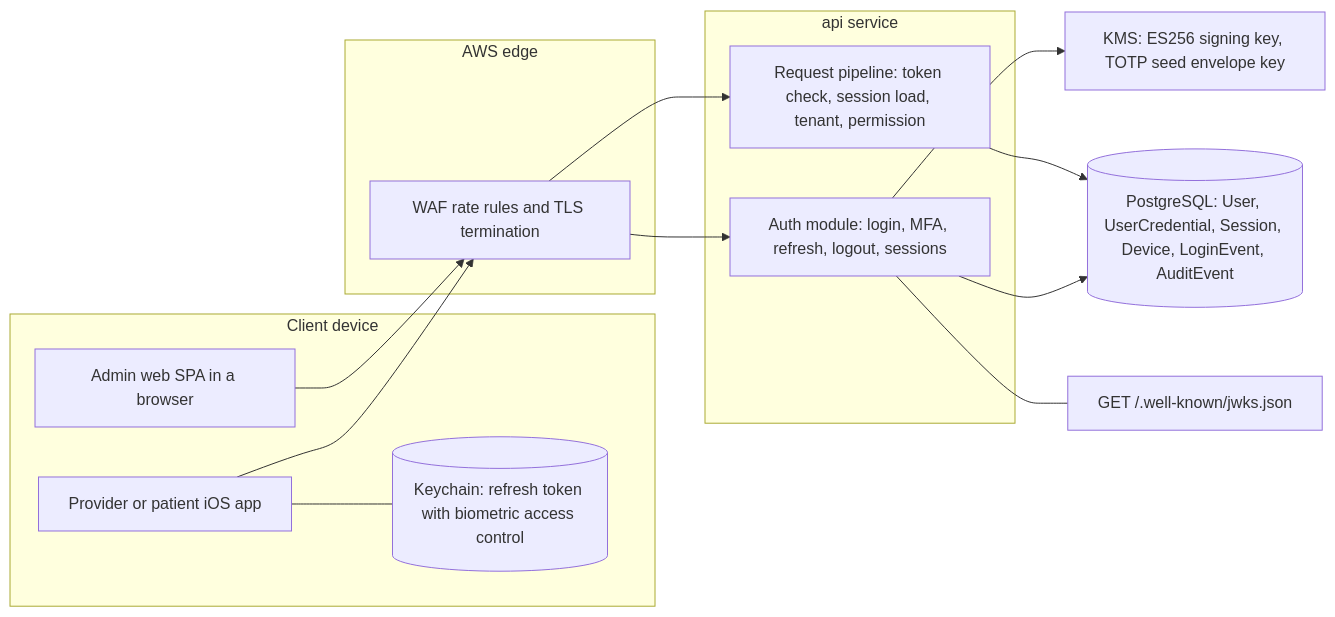
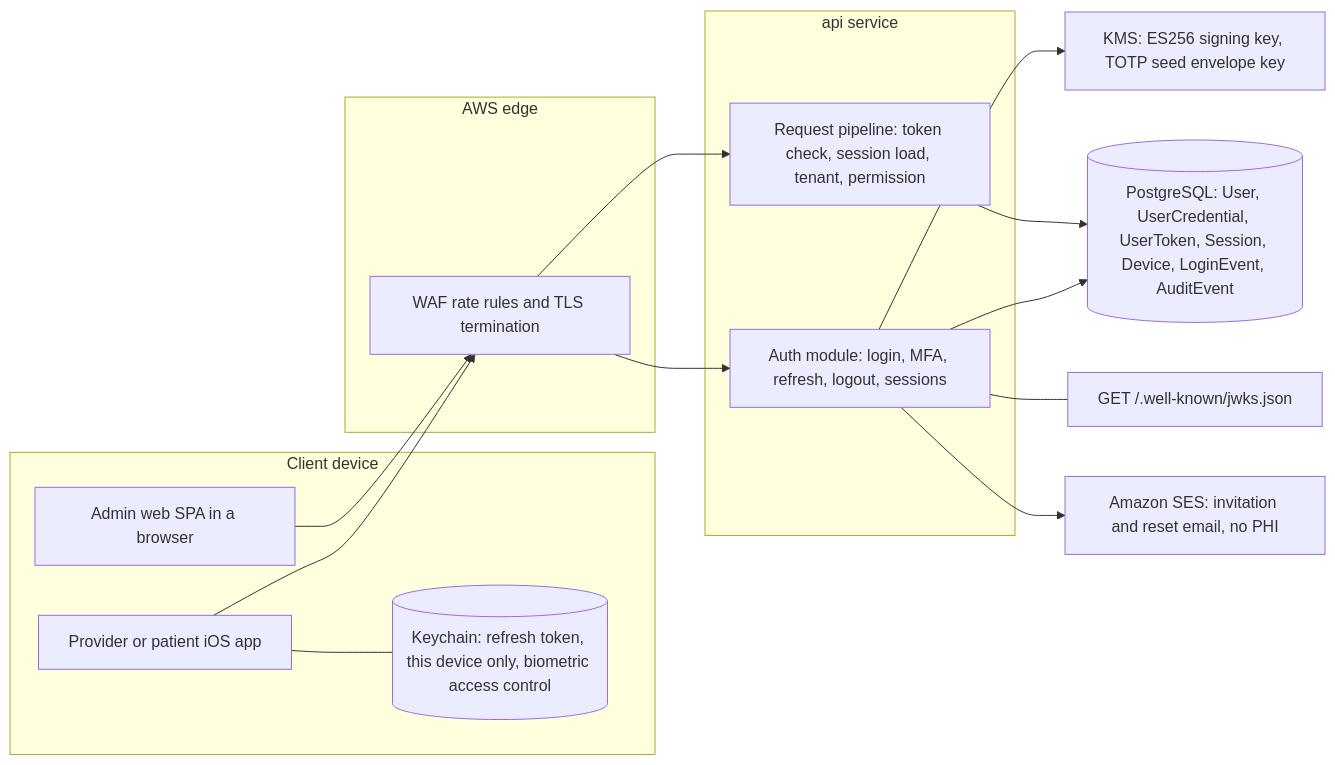
The first of 6 diagrams in docs/AUTHENTICATION_ARCHITECTURE.md (cgibson24/Aestara), drawn with Mermaid before and after one commit. The commit also changed other lines of this file and 73 other files, not shown here.

````diff
--- a/docs/AUTHENTICATION_ARCHITECTURE.md
+++ b/docs/AUTHENTICATION_ARCHITECTURE.md
@@ -29,27 +30,29 @@
 ```mermaid
 flowchart LR
   subgraph Device["Client device"]
     IOS["Provider or patient iOS app"]
-    KC[("Keychain: refresh token with biometric access control")]
+    KC[("Keychain: refresh token, this device only, biometric access control")]
     SPA["Admin web SPA in a browser"]
     IOS --- KC
   end
   subgraph Edge["AWS edge"]
     WAF["WAF rate rules and TLS termination"]
   end
   subgraph Api["api service"]
     AUTH["Auth module: login, MFA, refresh, logout, sessions"]
     PIPE["Request pipeline: token check, session load, tenant, permission"]
   end
-  DB[("PostgreSQL: User, UserCredential, Session, Device, LoginEvent, AuditEvent")]
+  DB[("PostgreSQL: User, UserCredential, UserToken, Session, Device, LoginEvent, AuditEvent")]
   KMS["KMS: ES256 signing key, TOTP seed envelope key"]
   JWKS["GET /.well-known/jwks.json"]
+  SES["Amazon SES: invitation and reset email, no PHI"]
   IOS --> WAF
   SPA --> WAF
   WAF --> AUTH
   WAF --> PIPE
   AUTH --> DB
   PIPE --> DB
   AUTH --> KMS
   AUTH --- JWKS
+  AUTH --> SES
 ```
````
